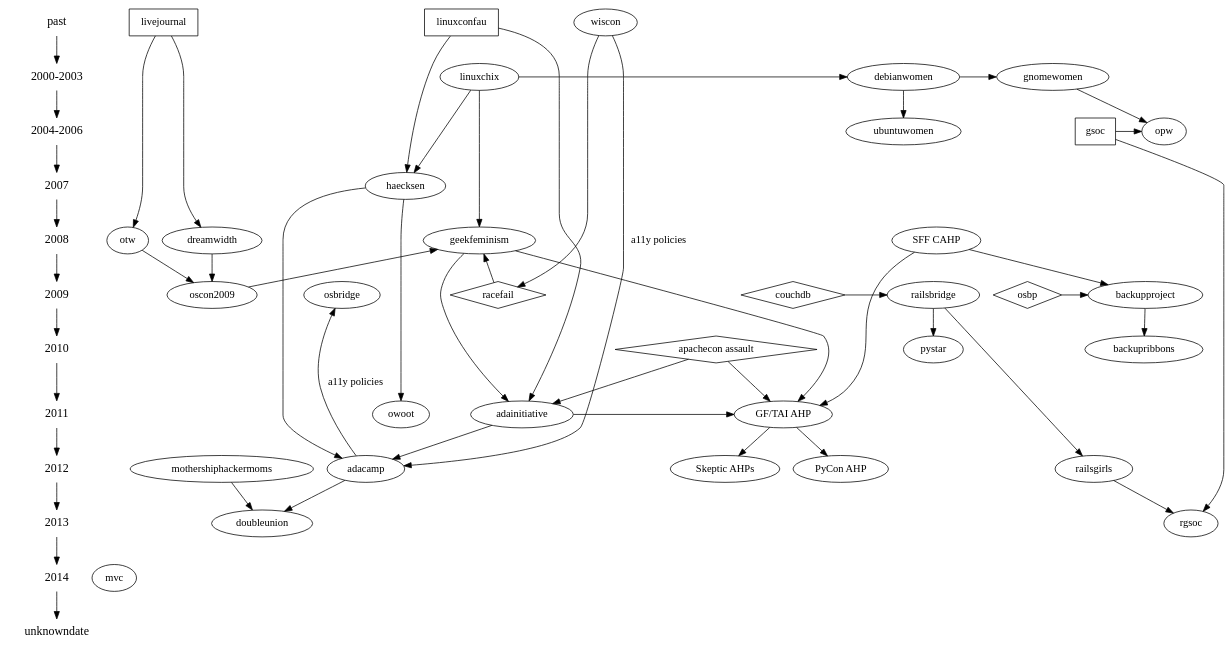
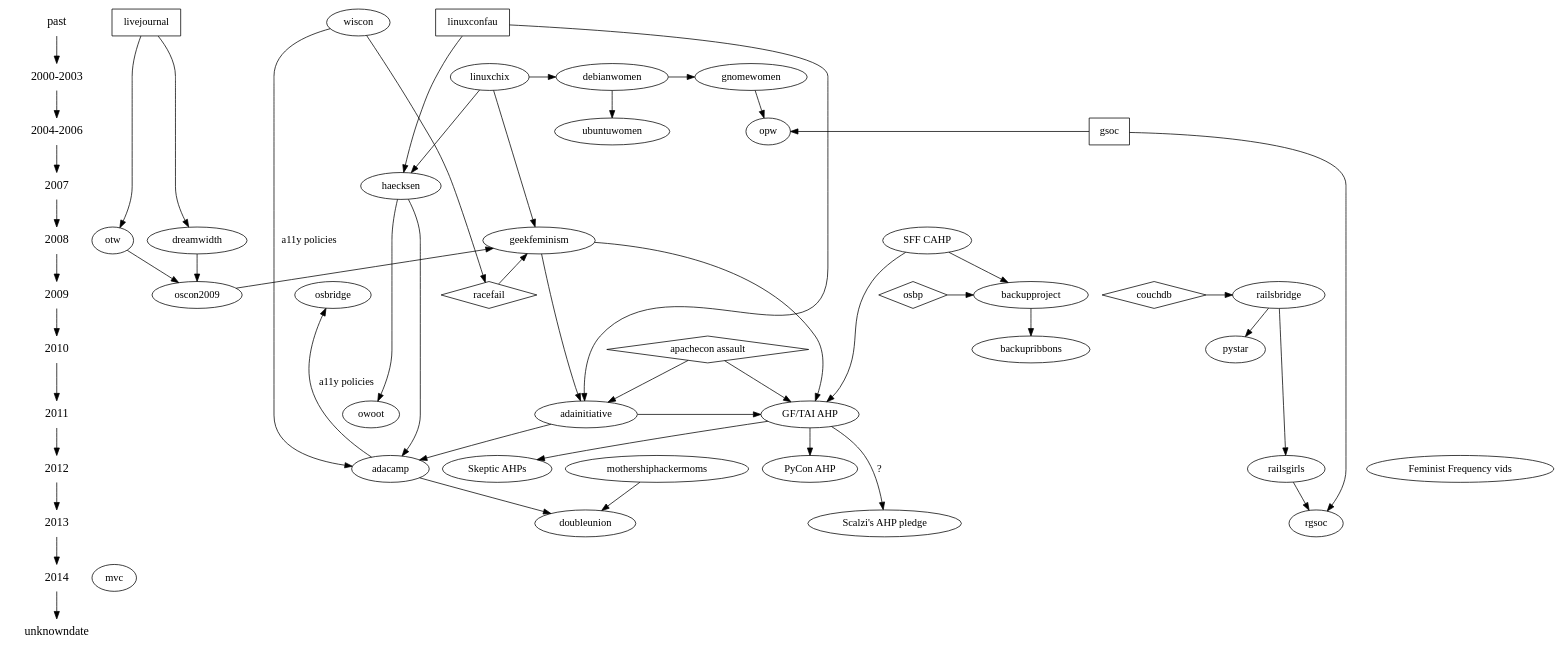
One commit to brainwane/gf-family-tree changed the diagram in gfft.dot. Above: the diagram before and after it, drawn with Graphviz. The commit also changed 1 other file, not shown here.

Commit message:
Scalzi's AHP pledge

```diff
--- a/gfft.dot
+++ b/gfft.dot
@@ -1,137 +1,140 @@
 digraph G {
 
   /*
      The following shapes are used for different types of things:
      oval = geek feminist/women-in-tech/etc organisation
      rectangle = orgs that aren't particularly feminist, but are influential
      diamond = event/incident (cf. GF wiki "Timeline of Incidents")
   */
 
   /*
      And this section lays out the history in terms of years.
   */
 
   {
     node [shape=plaintext, fontsize=16];
     past -> "2000-2003" -> "2004-2006" -> 2007 -> 2008 -> 2009 -> 2010 -> 2011 -> 2012 -> 2013 -> 2014 -> unknowndate;
   }
   { rank = same; past; livejournal; wiscon; linuxconfau}
   { rank = same; "2000-2003"; linuxchix; gnomewomen; debianwomen; } /* roughly? */
   { rank = same; "2004-2006"; gsoc; opw; ubuntuwomen;}
   { rank = same; 2007; haecksen; }
   { rank = same; 2008; "SFF CAHP"; geekfeminism; dreamwidth; otw; }
   { rank = same; 2009; oscon2009; racefail; couchdb; railsbridge; osbp; backupproject; osbridge; }
   { rank = same; 2010; "apachecon assault"; backupribbons;}
   { rank = same; 2011; adainitiative; "GF/TAI AHP"; owoot }
-  { rank = same; 2012; adacamp; railsgirls; "Skeptic AHPs"; "PyCon AHP";}
-  { rank = same; 2013; doubleunion; rgsoc; }
+  { rank = same; 2012; adacamp; railsgirls; "Skeptic AHPs"; "PyCon AHP"; "Feminist Frequency vids";}
+  { rank = same; 2013; doubleunion; rgsoc; "Scalzi's AHP pledge"; }
   { rank = same; 2014; mvc }
   { rank = same; unknowndate; }
 
   /* Skud set up the GF wiki in 2008, mostly inspired by earlier "women
    * in open source" communities such as linuxchix */
   linuxchix -> geekfeminism;
 
   /* in 2009, Racefail introduced Skud and other GF wiki contributors to
    * a lot of new ideas */
   racefail -> geekfeminism;
   racefail [shape=diamond];
 
   /* in 2010, the Noirin Plunkett's assault at ApacheCon triggered
    * discussions about anti-harassment that would lead to the formation
    * of the Ada Initiative */
   "apachecon assault" -> adainitiative;
   "apachecon assault" [shape=diamond];
 
   /* GF (esp. volunteer burnout) was an influence on TAI */
   geekfeminism -> adainitiative;
 
   /* The first TAI discussions were held at LCA */
   linuxconfau -> adainitiative;
   linuxconfau [shape=rectangle];
 
   /* TAI wrote the first conf anti-harassment poilcy in response to the
    * apachecon assault */
   "apachecon assault" -> "GF/TAI AHP"
   "geekfeminism" -> "GF/TAI AHP"
   "adainitiative" -> "GF/TAI AHP"
 
   /* The Con Anti-Harassment Policy (out of SFF fandom) also inspired it */
   "SFF CAHP" -> "GF/TAI AHP"
 
   /* Vaguely related: Open Source Boob Project and Backup Project */
   osbp -> backupproject
   osbp [shape=diamond]
   "SFF CAHP" -> backupproject
   backupproject -> backupribbons;
 
   /* The GF/TAI AHP inspired the PyCon variant */
   "GF/TAI AHP" -> "PyCon AHP";
 
   /* The GF/TAI AHP inspired the skeptic variants */
   "GF/TAI AHP" -> "Skeptic AHPs"
+
+  /* Causation here is less clear. */
+  "GF/TAI AHP" -> "Scalzi's AHP pledge" [label="?"];
 
   adainitiative -> adacamp;
 
   /* Adacamp was inspired in some ways by Wiscon, eg. accessibility */
   wiscon -> adacamp [label="a11y policies"];
   /* and then open source bridge picked up some of that from adacamp */
   adacamp -> osbridge [label="a11y policies"];
 
   /* DoubleUnion came out of AdaCamp SF in 2013 */
   adacamp -> doubleunion;
   /* pretty sure mothership hackermoms was also an inspiration? */
   mothershiphackermoms -> doubleunion;
 
   /* Various early women-in-open-source mailing lists etc */
   linuxchix -> debianwomen;
   debianwomen -> ubuntuwomen;
   /* Direct ancestry, because Hanna Wallach did debianwomen first and
    * then GNOME Women, and was never a big participant in LinuxChix*/
   debianwomen -> gnomewomen;
   haecksen -> owoot;
 
   /* Gnome Outreach Program for Women, now FOSS OPW */
   gnomewomen -> opw;
   /* "The Outreach Program for Women (OPW) was inspired by Google's
    * Summer of Code and by how few women applied for it."
    * via gnome.org/opw (why can't I include double slashes in a comment?)
    */
   gsoc -> opw;
   gsoc [shape=rectangle]
 
   /* LinuxChix inspired the Haecksen miniconf at LCA */
   linuxchix -> haecksen;
   linuxconfau -> haecksen;
 
   /* Both creations of Mary Gardiner's, one of the inputs to AdaCamp is
      what wasn't possible with Haecksen */
   haecksen -> adacamp;
 
   /* RailsBridge happened in response to the CouchDB incident at
    * GoGaRuCo */
   couchdb -> railsbridge;
   couchdb [shape=diamond];
   railsbridge -> pystar;
   railsbridge -> railsgirls;
 
   /* There's now a rails girls summer of code */
 
   railsgirls -> rgsoc;
   gsoc -> rgsoc;
 
   wiscon -> racefail;
 
   /* Livejournal (esp. their fail) inspired DW and OTW */
   livejournal -> dreamwidth;
   livejournal -> otw;
   livejournal [shape=rectangle]
 
   /* Dreamwidth and OTW inspired Skud's 2009 OSCON keynote */
   dreamwidth -> oscon2009;
   otw -> oscon2009;
 
   /* GF blog came out of the oscon2009 keynote, as a place to have
    * ongoing conversations */
   oscon2009 -> geekfeminism;
 }
```
